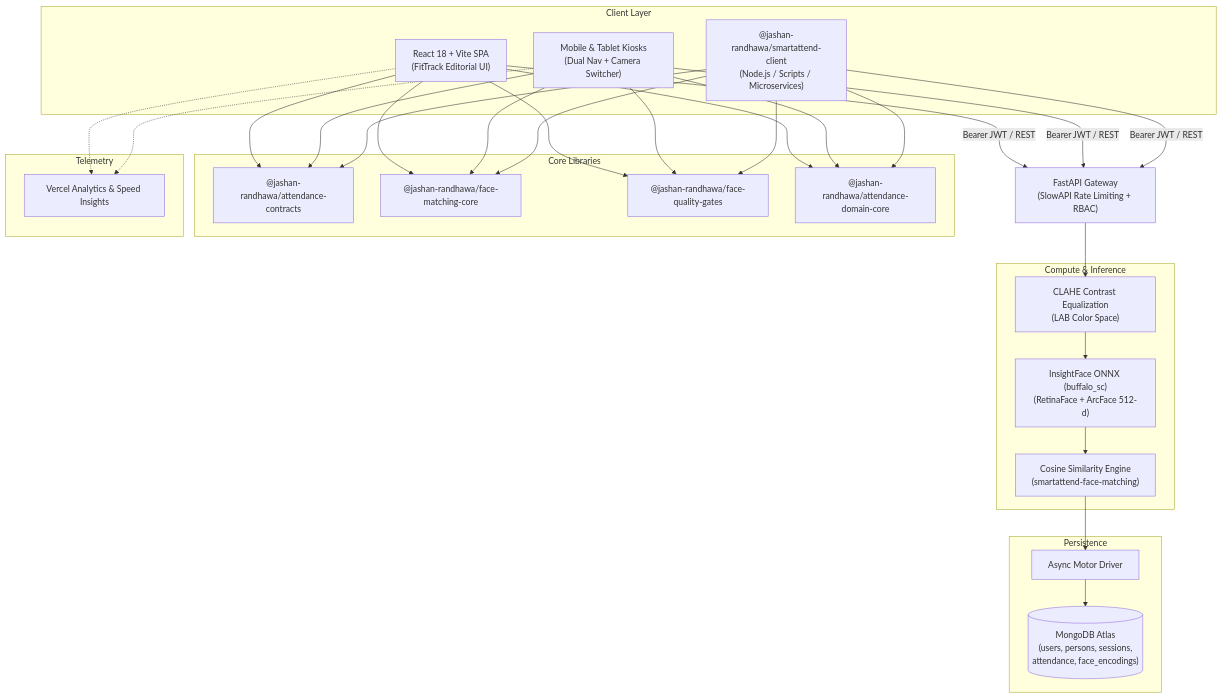
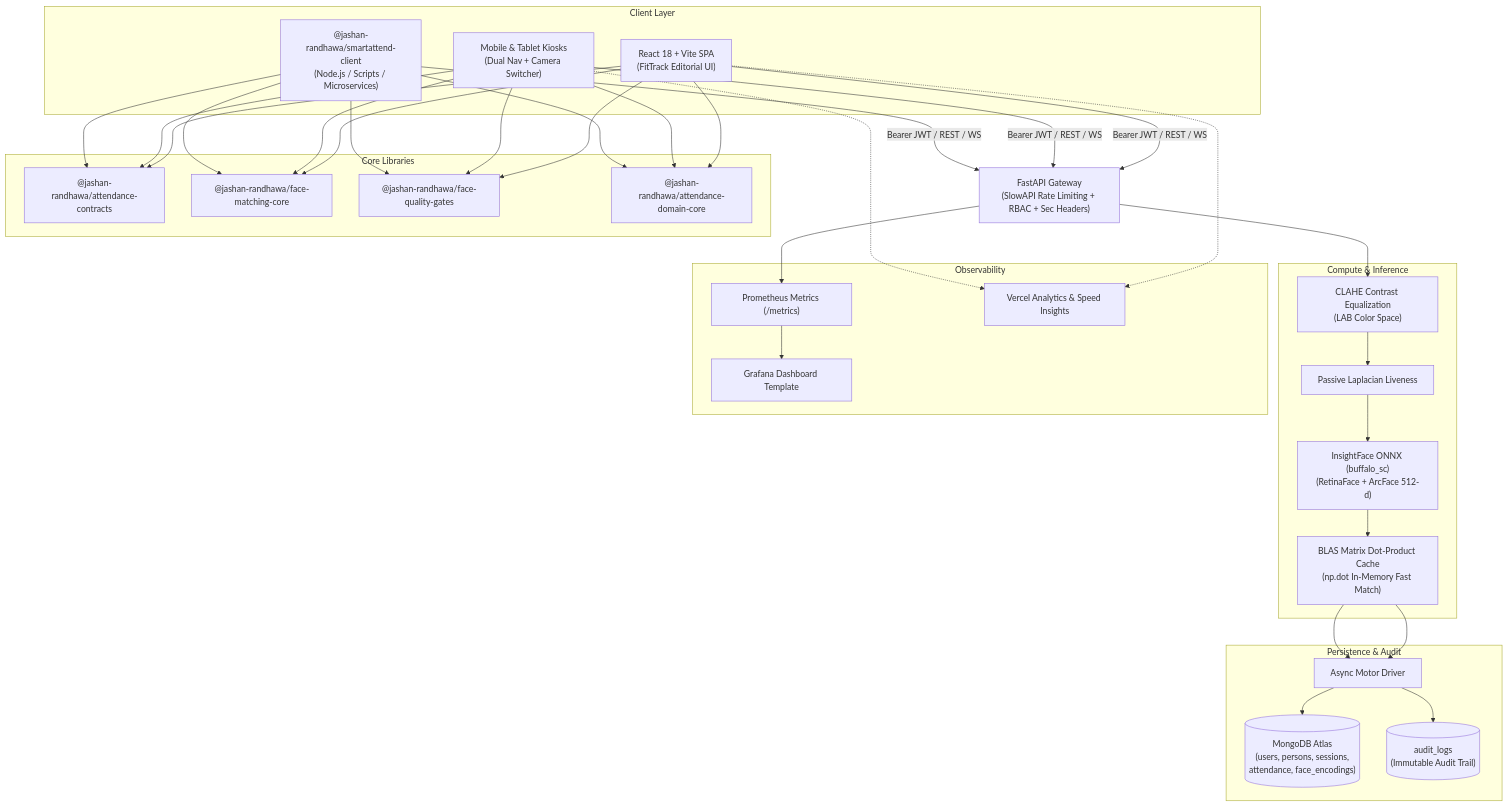
Before and after one commit to Jashan-randhawa/AI-Attendance-System: the diagram in README.md, drawn with Mermaid. The commit also changed other lines of this file, not shown here.

Commit message:
docs: update README with vectorized BLAS engine, WebSocket streaming, Prometheus metrics, and updated architecture diagrams

````diff
--- a/README.md
+++ b/README.md
@@ -71,43 +76,49 @@
 ```mermaid
 flowchart TD
     subgraph Client Layer
         Web["React 18 + Vite SPA\n(FitTrack Editorial UI)"]
         Mobile["Mobile & Tablet Kiosks\n(Dual Nav + Camera Switcher)"]
         SDK["@jashan-randhawa/smartattend-client\n(Node.js / Scripts / Microservices)"]
     end
 
     subgraph Core Libraries
         Contracts["@jashan-randhawa/attendance-contracts"]
         MatchingCore["@jashan-randhawa/face-matching-core"]
         QualityCore["@jashan-randhawa/face-quality-gates"]
         DomainCore["@jashan-randhawa/attendance-domain-core"]
     end
 
     Web & Mobile & SDK --> Contracts
     Web & Mobile & SDK --> QualityCore
     Web & Mobile & SDK --> MatchingCore
     Web & Mobile & SDK --> DomainCore
 
-    Web & Mobile & SDK -- "Bearer JWT / REST" --> Gateway["FastAPI Gateway\n(SlowAPI Rate Limiting + RBAC)"]
+    Web & Mobile & SDK -- "Bearer JWT / REST / WS" --> Gateway["FastAPI Gateway\n(SlowAPI Rate Limiting + RBAC + Sec Headers)"]
 
     subgraph Compute & Inference
         CLAHE["CLAHE Contrast Equalization\n(LAB Color Space)"]
+        Liveness["Passive Laplacian Liveness"]
         InsightFace["InsightFace ONNX (buffalo_sc)\n(RetinaFace + ArcFace 512-d)"]
-        Matcher["Cosine Similarity Engine\n(smartattend-face-matching)"]
+        BLAS["BLAS Matrix Dot-Product Cache\n(np.dot In-Memory Fast Match)"]
     end
 
-    Gateway --> CLAHE --> InsightFace --> Matcher
+    Gateway --> CLAHE --> Liveness --> InsightFace --> BLAS
 
-    subgraph Persistence
+    subgraph Persistence & Audit
         Motor["Async Motor Driver"]
         DB[("MongoDB Atlas\n(users, persons, sessions,\nattendance, face_encodings)")]
+        Audit[("audit_logs\n(Immutable Audit Trail)")]
     end
 
-    Matcher --> Motor --> DB
+    BLAS --> Motor --> DB
+    BLAS --> Motor --> Audit
 
-    subgraph Telemetry
+    subgraph Observability
+        Prom["Prometheus Metrics (/metrics)"]
+        Grafana["Grafana Dashboard Template"]
         Vercel["Vercel Analytics & Speed Insights"]
     end
 
+    Gateway --> Prom --> Grafana
     Web & Mobile -.-> Vercel
 ```
````
